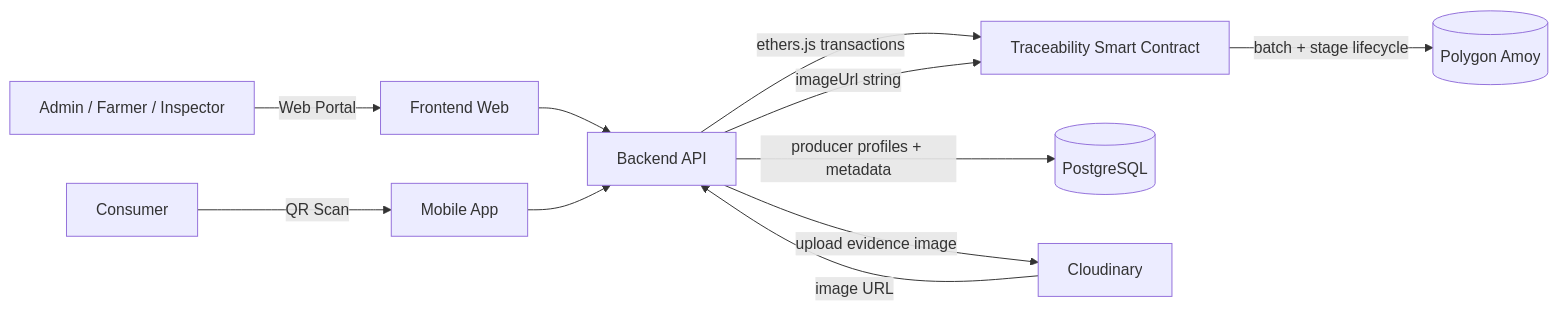
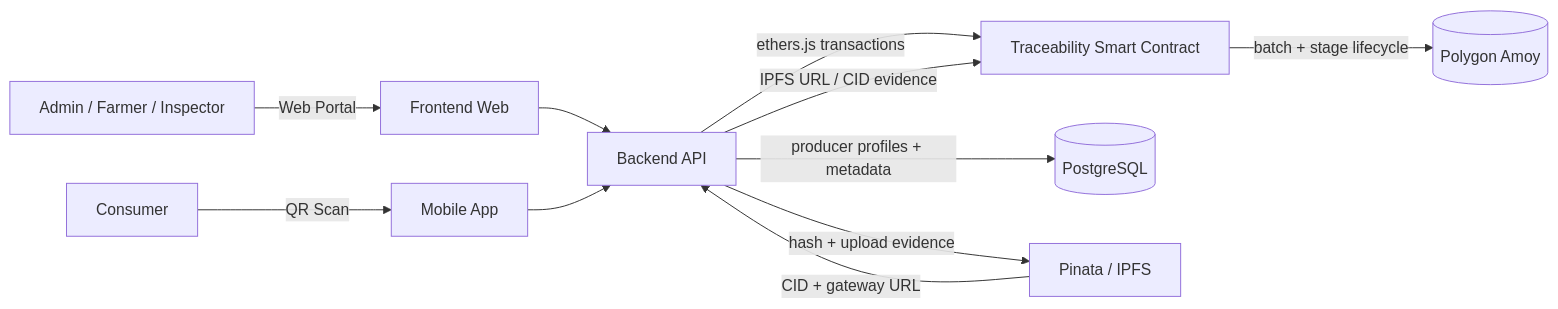
Before and after one commit to xuanhai0913/agri-traceability-system: the first of 2 diagrams in README.md, drawn with Mermaid. The commit also changed other lines of this file and 65 other files, not shown here.

Commit message:
feat: add ipfs evidence role workflows

````diff
--- a/README.md
+++ b/README.md
@@ -111,13 +111,13 @@
 ```mermaid
 flowchart LR
     A[Admin / Farmer / Inspector] -->|Web Portal| B[Frontend Web]
     C[Consumer] -->|QR Scan| D[Mobile App]
     B --> E[Backend API]
     D --> E
     E -->|ethers.js transactions| F[Traceability Smart Contract]
     F -->|batch + stage lifecycle| H[(Polygon Amoy)]
     E -->|producer profiles + metadata| I[(PostgreSQL)]
-    E -->|upload evidence image| G[Cloudinary]
-    G -->|image URL| E
-    E -->|imageUrl string| F
+    E -->|hash + upload evidence| G[Pinata / IPFS]
+    G -->|CID + gateway URL| E
+    E -->|IPFS URL / CID evidence| F
 ```
````
